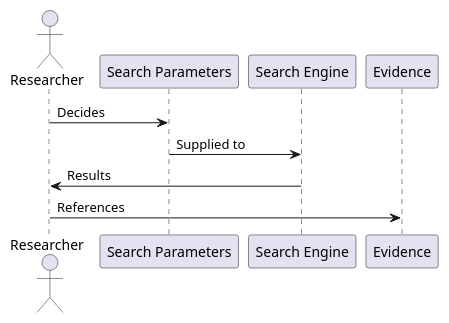
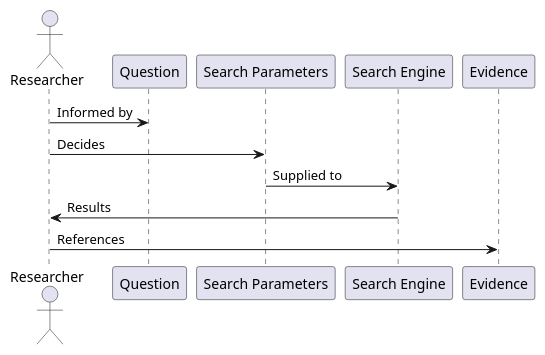
One commit to chronicleworks/chronicle changed the diagram in docs/docs/diagrams/src/evidence.puml. Above: the diagram before and after it, drawn with PlantUML. The commit also changed 13 other files, not shown here.

```diff
--- a/docs/docs/diagrams/src/evidence.puml
+++ b/docs/docs/diagrams/src/evidence.puml
@@ -1,10 +1,10 @@
 @startuml
 
 actor "Researcher"
-
+Researcher -> Question : Informed by
 Researcher -> "Search Parameters" : Decides
 "Search Parameters" -> "Search Engine" : Supplied to
 Researcher <- "Search Engine" : Results
 Researcher -> Evidence : References
 
 @enduml
```
